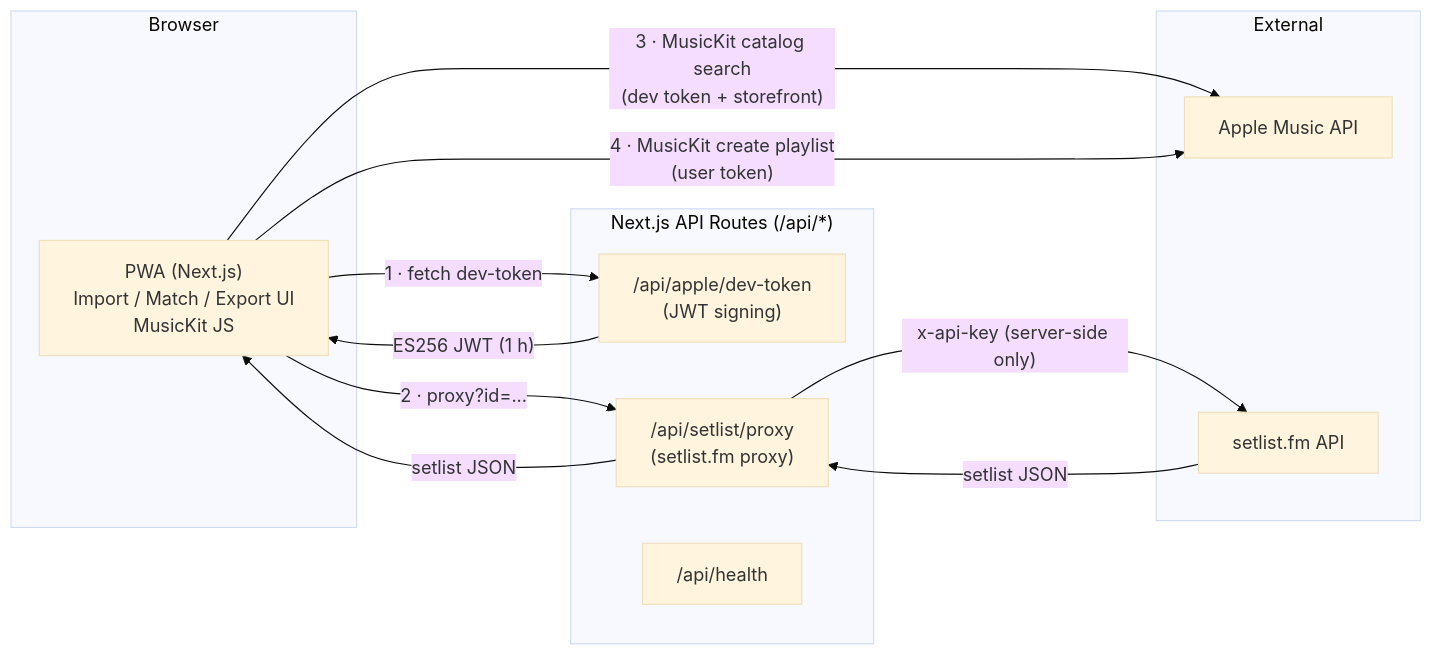
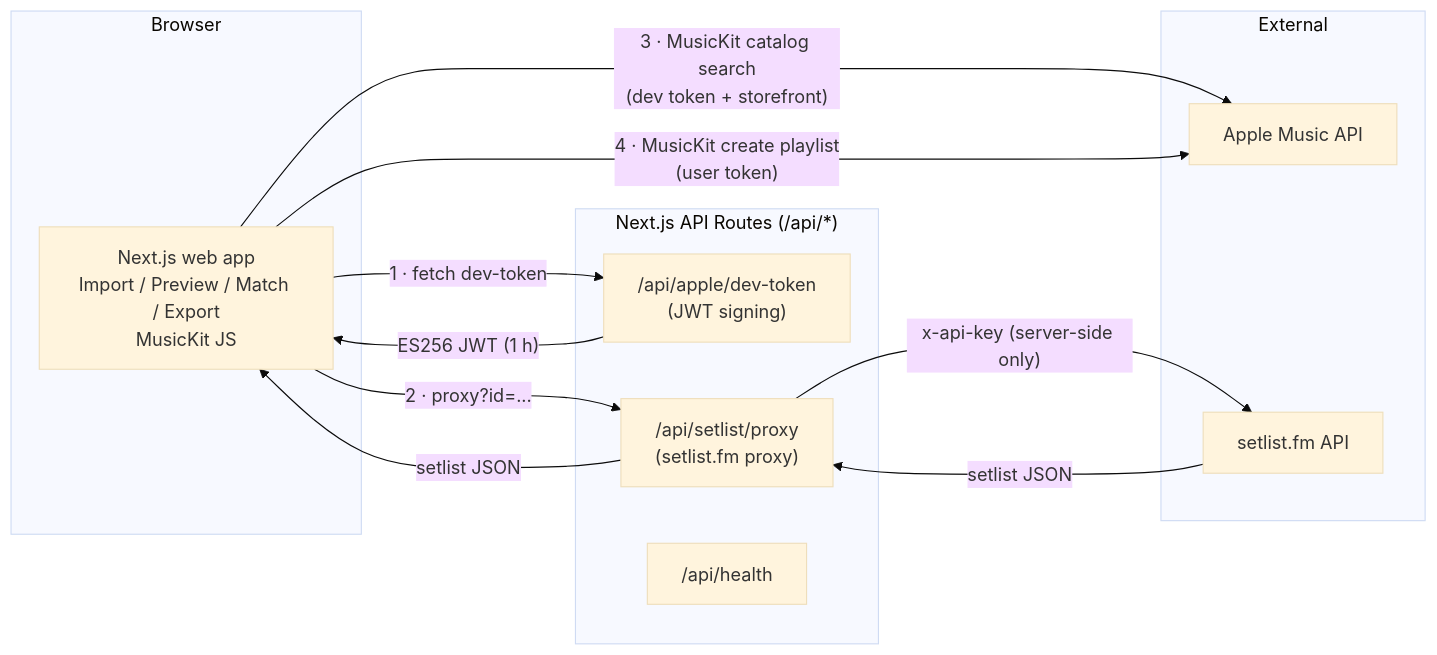
Before and after one commit to sebastianspicker/showtape: the first of 2 diagrams in ARCHITECTURE.md, drawn with Mermaid (base theme). The commit also changed other lines of this file and 103 other files, not shown here.

````diff
--- a/ARCHITECTURE.md
+++ b/ARCHITECTURE.md
@@ -13,26 +15,26 @@
 ```mermaid
 graph LR
     subgraph Browser
-        UI["PWA (Next.js)<br/>Import / Match / Export UI<br/>MusicKit JS"]
+        UI["Next.js web app<br/>Import / Preview / Match / Export<br/>MusicKit JS"]
     end
 
     subgraph "Next.js API Routes (/api/*)"
         DT["/api/apple/dev-token<br/>(JWT signing)"]
         SP["/api/setlist/proxy<br/>(setlist.fm proxy)"]
         H["/api/health"]
     end
 
     subgraph External
         AM["Apple Music API"]
         SL["setlist.fm API"]
     end
 
     UI -- "1 · fetch dev-token" --> DT
     DT -- "ES256 JWT (1 h)" --> UI
     UI -- "2 · proxy?id=..." --> SP
     SP -- "x-api-key (server-side only)" --> SL
     SL -- "setlist JSON" --> SP
     SP -- "setlist JSON" --> UI
     UI -- "3 · MusicKit catalog search<br/>(dev token + storefront)" --> AM
     UI -- "4 · MusicKit create playlist<br/>(user token)" --> AM
 ```
````
